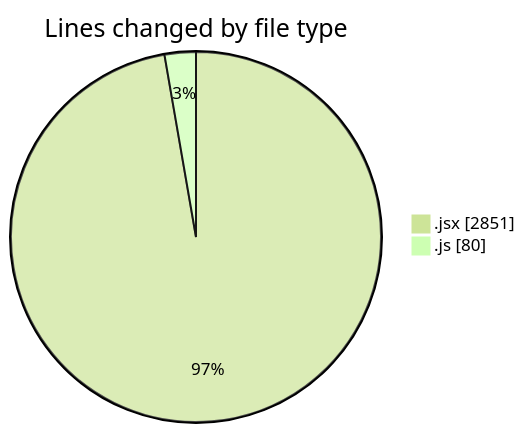
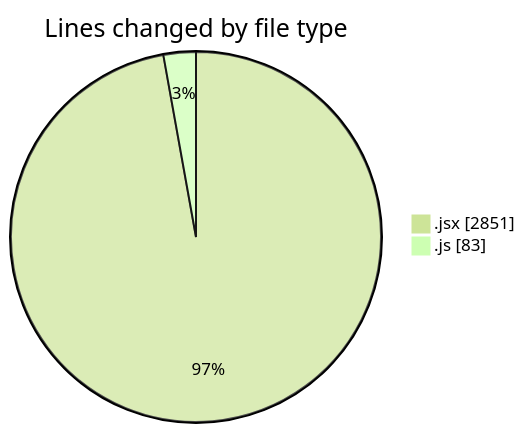
The first of 2 diagrams in 2025-06-21/nxtqube_webapp/README.md (nxtqubesakshisongat/code-tracking), drawn with Mermaid (forest theme) before and after one commit. The commit also changed other lines of this file and 1 other file, not shown here.

````diff
--- a/2025-06-21/nxtqube_webapp/README.md
+++ b/2025-06-21/nxtqube_webapp/README.md
@@ -23,6 +23,6 @@
 ```mermaid
 pie showData
 title Lines changed by file type
 ".jsx" : 2851
-".js" : 80
+".js" : 83
 ```
````
